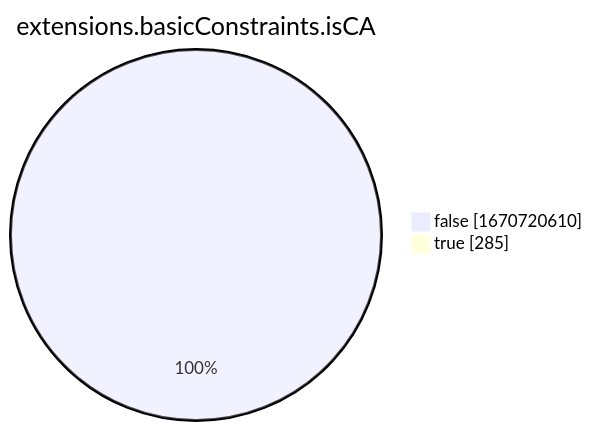
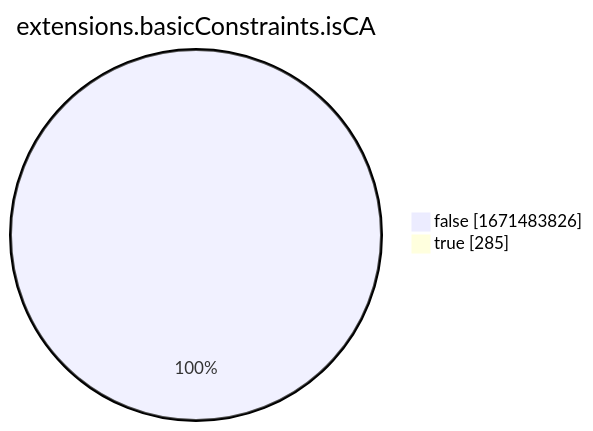
The eighth of 15 diagrams in xenon2022/README.md (christiankrug/ctmonitor_visualization), drawn with Mermaid before and after one commit. The commit also changed other lines of this file, not shown here.

````diff
--- a/xenon2022/README.md
+++ b/xenon2022/README.md
@@ -2865,6 +2865,6 @@
 ```mermaid
 pie showData
 title extensions.basicConstraints.isCA
-"false" :1670720610
+"false" :1671483826
 "true" :285
 ```
````
